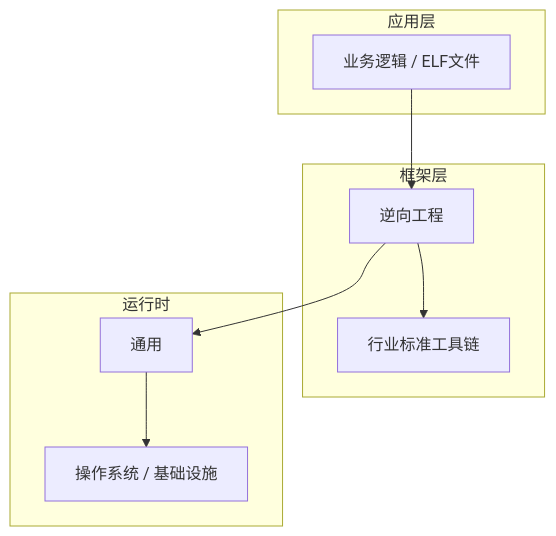
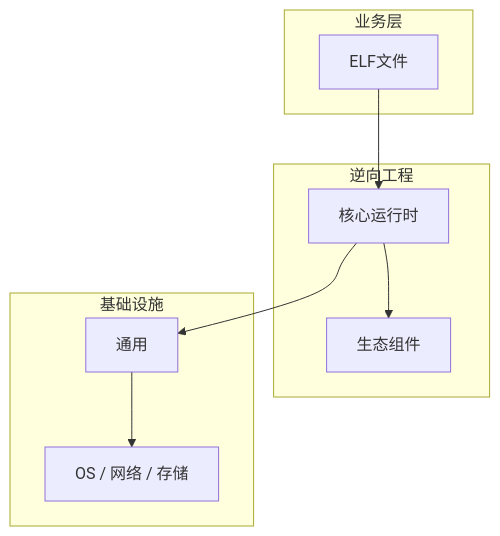
One commit to yanggan2015/knowledge-json-v2 changed the diagram in articles/逆向工程/chapters/019-ELF文件核心概念与原理.md. Above: the diagram before and after it, drawn with Mermaid. The commit also changed other lines of this file and 10127 other files, not shown here.

````diff
--- a/articles/逆向工程/chapters/019-ELF文件核心概念与原理.md
+++ b/articles/逆向工程/chapters/019-ELF文件核心概念与原理.md
@@ -46,18 +31,18 @@
 ```mermaid
 graph TB
-    subgraph 应用层
-        A[业务逻辑 / ELF文件]
+    subgraph 业务层
+        A[ELF文件]
     end
-    subgraph 框架层
-        B[逆向工程]
-        C[行业标准工具链]
+    subgraph 逆向工程
+        B[核心运行时]
+        C[生态组件]
     end
-    subgraph 运行时
+    subgraph 基础设施
         D[通用]
-        E[操作系统 / 基础设施]
+        E[OS / 网络 / 存储]
     end
     A --> B
     B --> C
     B --> D
     D --> E
 ```
````
